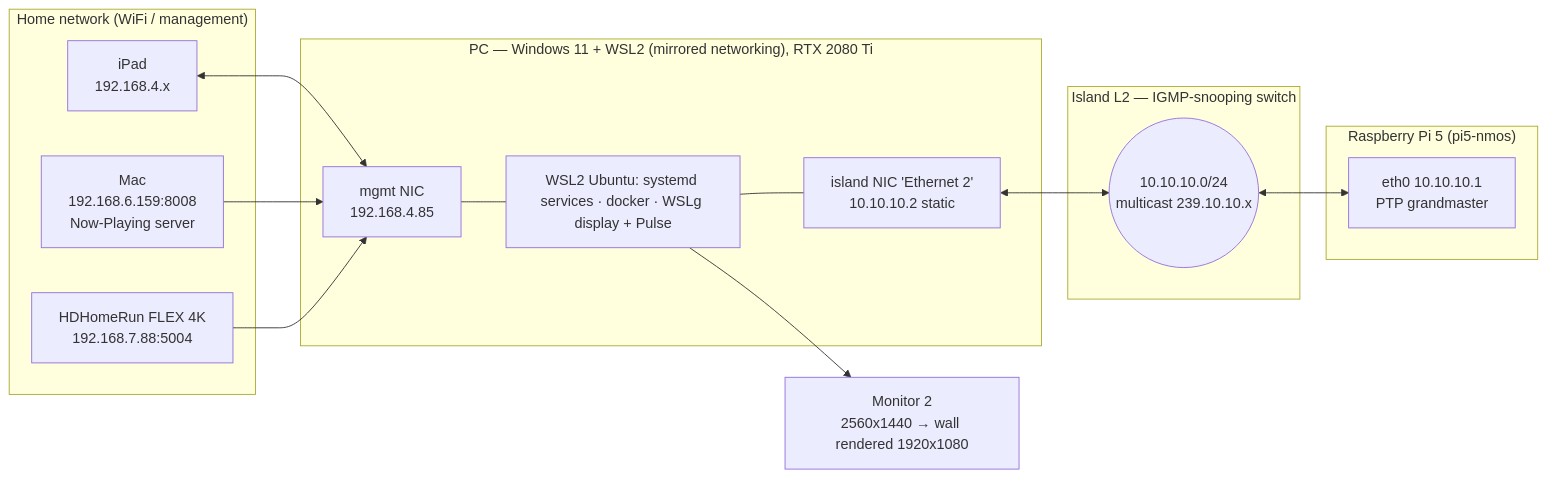
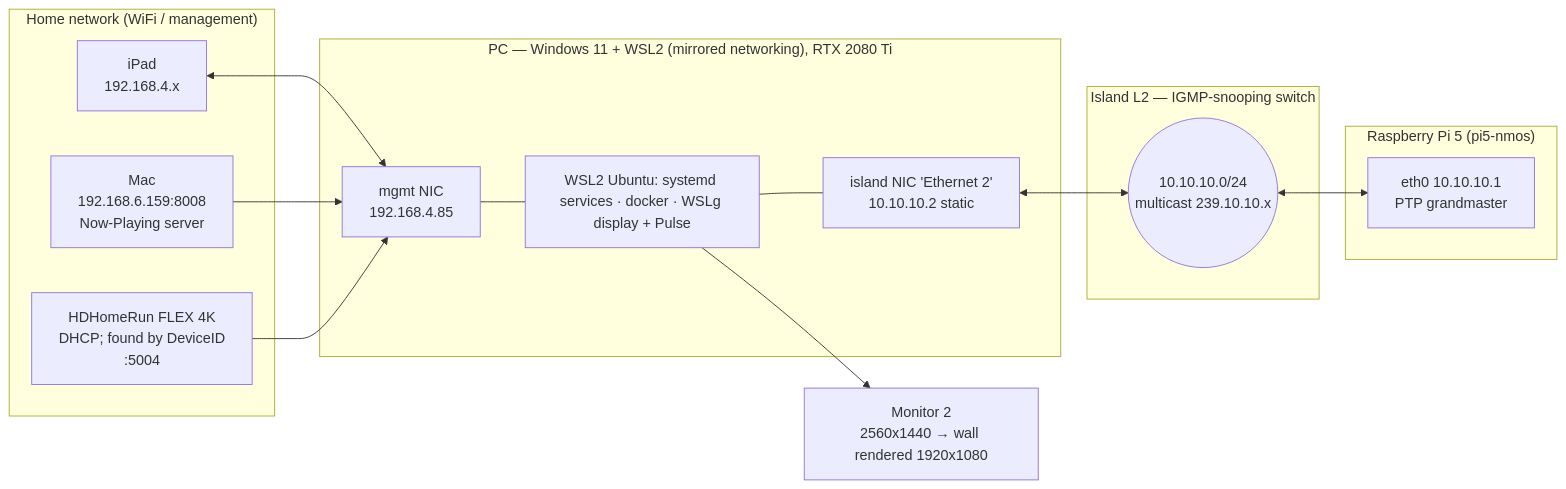
One commit to dgp1000/pi-nmos-st2110 changed the second of 12 diagrams in docs/ARCHITECTURE.md. Above: the diagram before and after it, drawn with Mermaid. The commit also changed other lines of this file and 6 other files, not shown here.

````diff
--- a/docs/ARCHITECTURE.md
+++ b/docs/ARCHITECTURE.md
@@ -106,33 +106,33 @@
 ```mermaid
 flowchart LR
   subgraph HOME["Home network (WiFi / management)"]
     ipad2["iPad<br/>192.168.4.x"]
     mac["Mac<br/>192.168.6.159:8008<br/>Now-Playing server"]
-    hdhr["HDHomeRun FLEX 4K<br/>192.168.7.88:5004"]
+    hdhr["HDHomeRun FLEX 4K<br/>DHCP; found by DeviceID<br/>:5004"]
   end
 
   subgraph PC["PC — Windows 11 + WSL2 (mirrored networking), RTX 2080 Ti"]
     wifi["mgmt NIC<br/>192.168.4.85"]
     eth2["island NIC 'Ethernet 2'<br/>10.10.10.2 static"]
     wsl["WSL2 Ubuntu: systemd services · docker · WSLg display + Pulse"]
   end
 
   subgraph ISL["Island L2 — IGMP-snooping switch"]
     sw(("10.10.10.0/24<br/>multicast 239.10.10.x"))
   end
 
   subgraph RPI["Raspberry Pi 5 (pi5-nmos)"]
     pieth["eth0 10.10.10.1<br/>PTP grandmaster"]
   end
 
   mon2["Monitor 2<br/>2560x1440 → wall rendered 1920x1080"]
 
   ipad2 <--> wifi
   mac --> wifi
   hdhr --> wifi
   wifi --- wsl
   wsl --- eth2
   eth2 <--> sw
   sw <--> pieth
   wsl --> mon2
 ```
````
